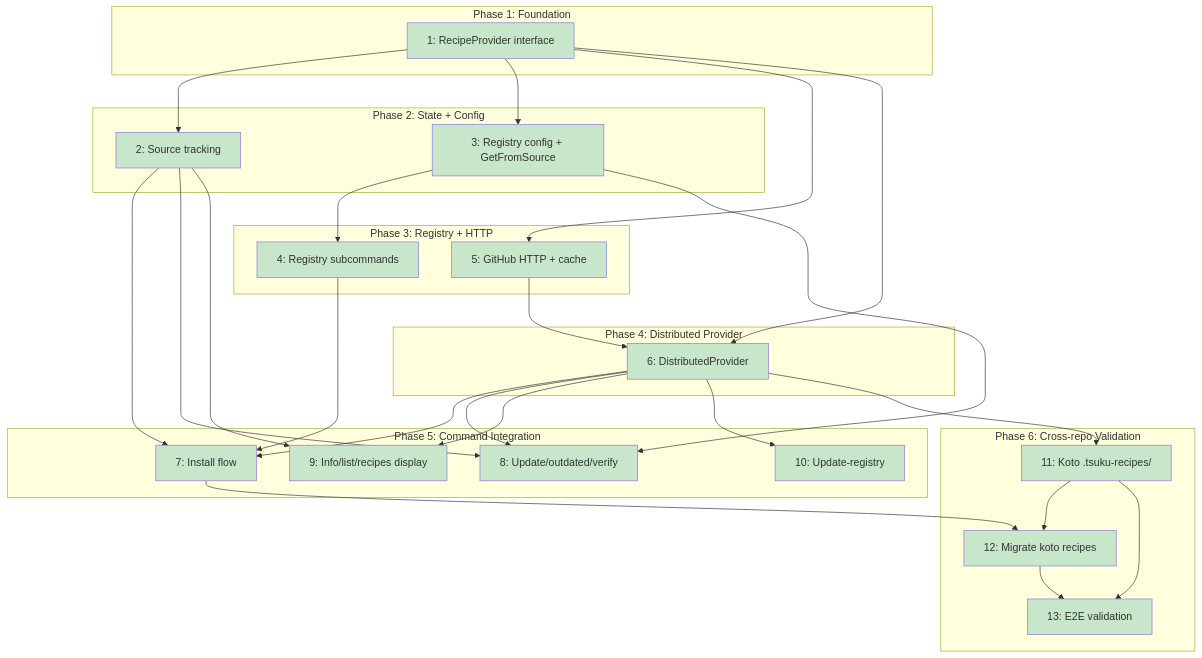
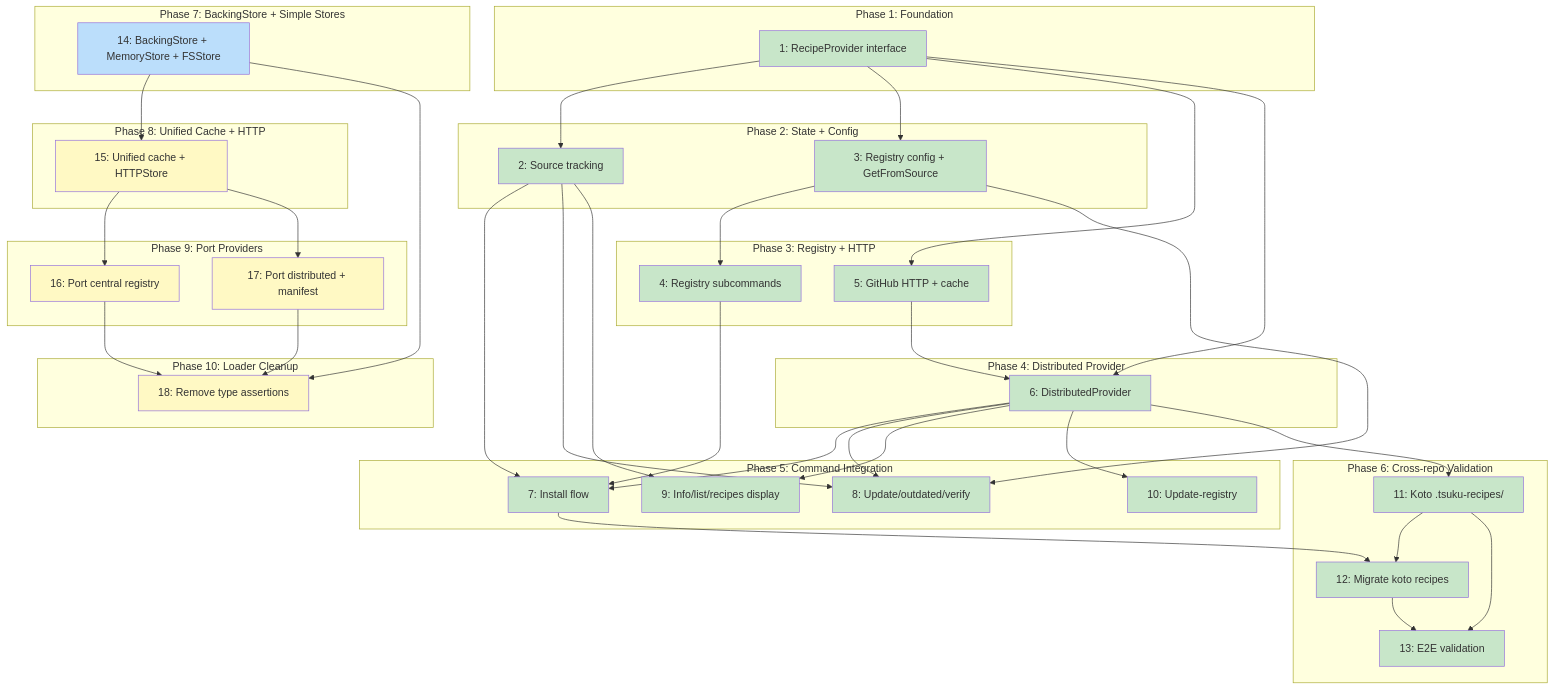
One commit to tsukumogami/tsuku changed the diagram in docs/plans/PLAN-distributed-recipes.md. Above: the diagram before and after it, drawn with Mermaid. The commit also changed other lines of this file, not shown here.

First line of the commit message:
docs(plan): add registry unification issues 14-18

````diff
--- a/docs/plans/PLAN-distributed-recipes.md
+++ b/docs/plans/PLAN-distributed-recipes.md
@@ -387,6 +552,23 @@
         I13["13: E2E validation"]
     end
 
+    subgraph Phase7["Phase 7: BackingStore + Simple Stores"]
+        I14["14: BackingStore + MemoryStore + FSStore"]
+    end
+
+    subgraph Phase8["Phase 8: Unified Cache + HTTP"]
+        I15["15: Unified cache + HTTPStore"]
+    end
+
+    subgraph Phase9["Phase 9: Port Providers"]
+        I16["16: Port central registry"]
+        I17["17: Port distributed + manifest"]
+    end
+
+    subgraph Phase10["Phase 10: Loader Cleanup"]
+        I18["18: Remove type assertions"]
+    end
+
     I1 --> I2
     I1 --> I3
     I1 --> I5
@@ -407,6 +589,12 @@
     I11 --> I12
     I11 --> I13
     I12 --> I13
+    I14 --> I15
+    I15 --> I16
+    I15 --> I17
+    I14 --> I18
+    I16 --> I18
+    I17 --> I18
 
     classDef done fill:#c8e6c9
     classDef ready fill:#bbdefb
@@ -419,4 +607,6 @@
     classDef tracksPlan fill:#FFE0B2,stroke:#F57C00,color:#000
 
     class I1,I2,I3,I4,I5,I6,I7,I8,I9,I10,I11,I12,I13 done
+    class I14 ready
+    class I15,I16,I17,I18 blocked
 ```
````
